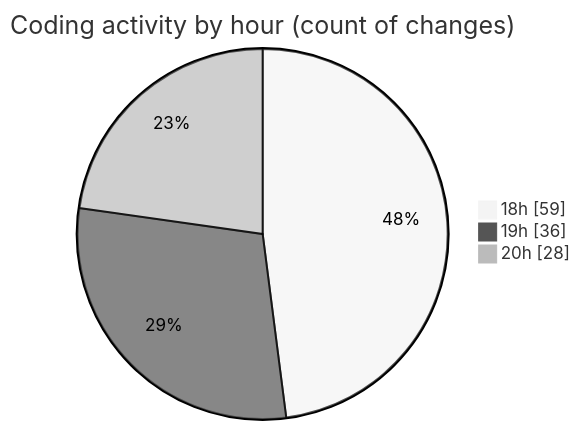
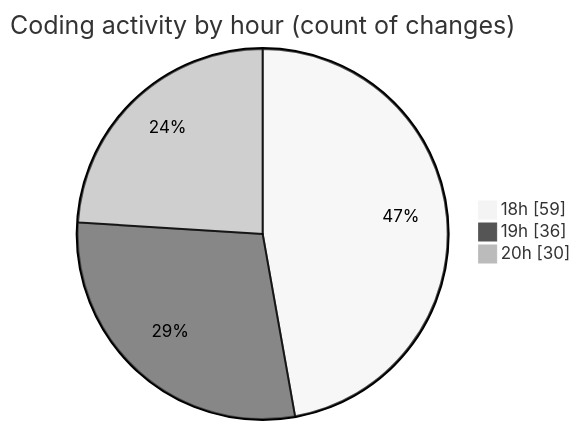
One commit to Netris89/code-tracking changed the second of 2 diagrams in 2025-04-02/back-end/README.md. Above: the diagram before and after it, drawn with Mermaid (neutral theme). The commit also changed other lines of this file and 1 other file, not shown here.

````diff
--- a/2025-04-02/back-end/README.md
+++ b/2025-04-02/back-end/README.md
@@ -30,7 +30,7 @@
 ```mermaid
 pie showData
 title Coding activity by hour (count of changes)
 "18h" : 59
 "19h" : 36
-"20h" : 28
+"20h" : 30
 ```
````
